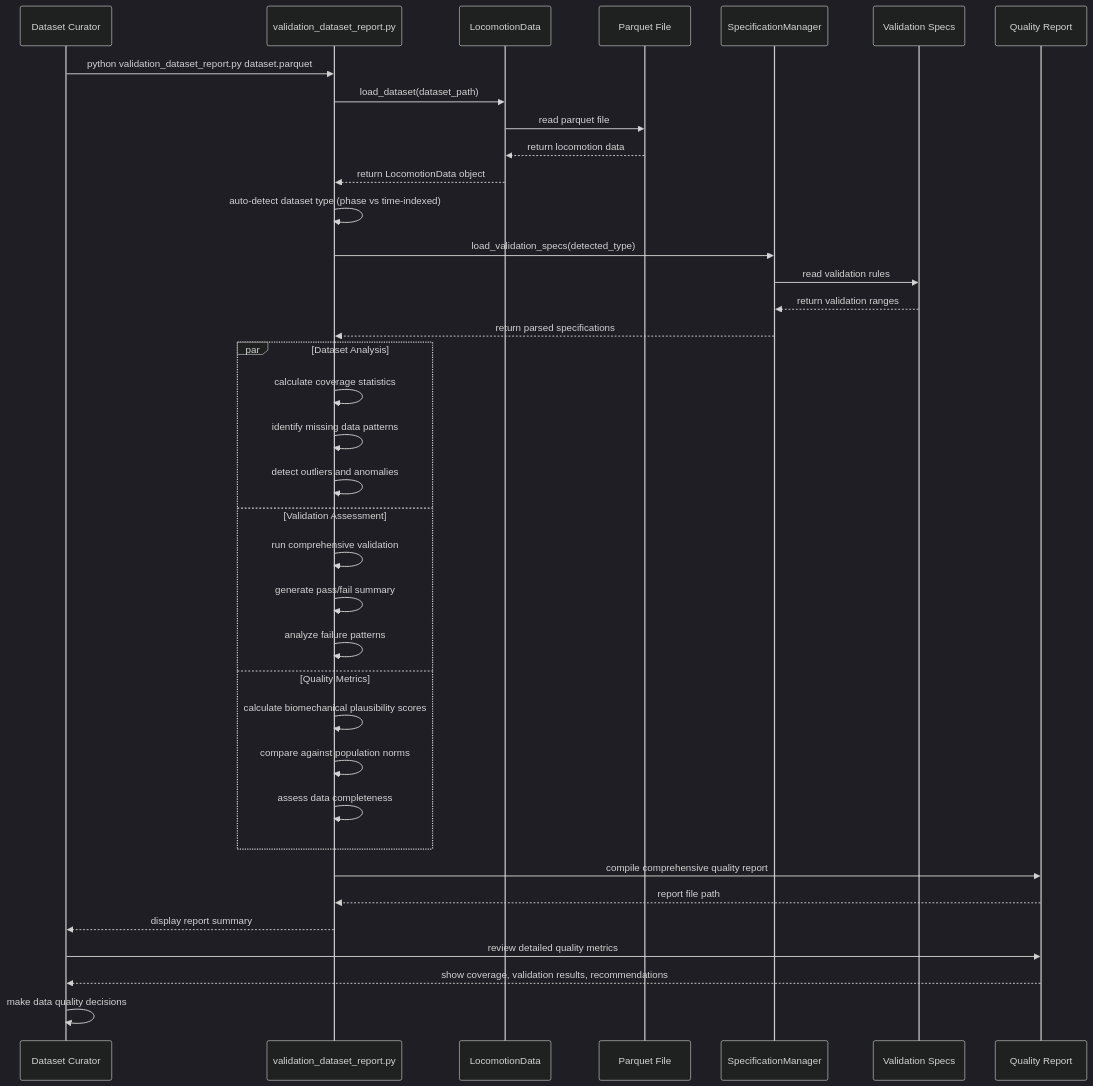
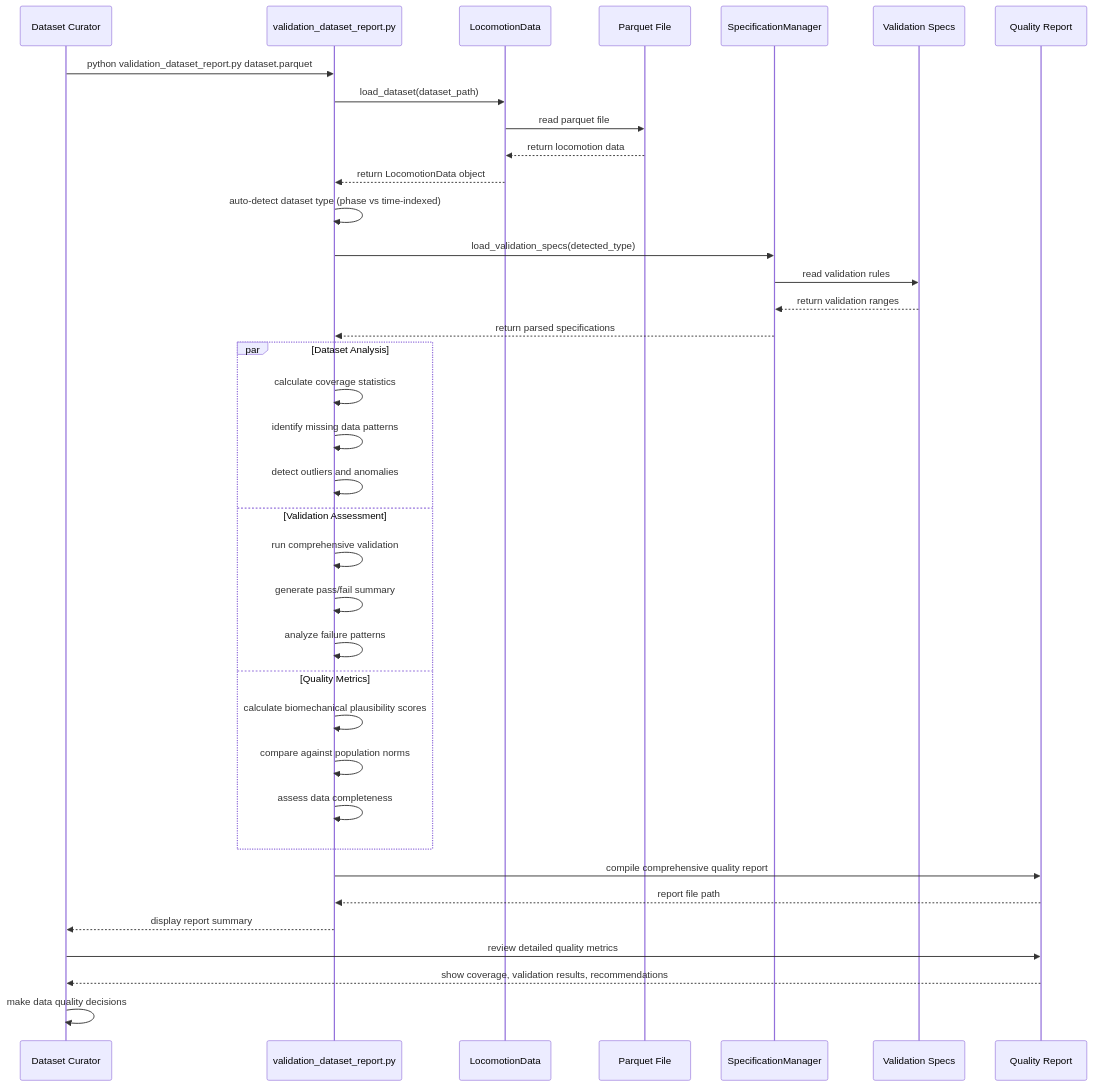
Before and after one commit to jmontp/LocoHub: the fourth of 5 diagrams in docs/software_engineering/docs/03a_SEQUENCE_DIAGRAMS.md, drawn with Mermaid. The commit also changed other lines of this file and 14 other files, not shown here.

````diff
--- a/docs/software_engineering/docs/03a_SEQUENCE_DIAGRAMS.md
+++ b/docs/software_engineering/docs/03a_SEQUENCE_DIAGRAMS.md
@@ -198,45 +198,45 @@
 ```mermaid
-%%{init: {'theme': 'dark'}}%%
+%%{init: {'theme': 'default'}}%%
 sequenceDiagram
     participant DC as Dataset Curator
     participant GR as validation_dataset_report.py
     participant LD as LocomotionData
     participant PF as Parquet File
     participant SM as SpecificationManager
     participant VS as Validation Specs
     participant QR as Quality Report
 
     DC->>GR: python validation_dataset_report.py dataset.parquet
     GR->>LD: load_dataset(dataset_path)
     LD->>PF: read parquet file
     PF-->>LD: return locomotion data
     LD-->>GR: return LocomotionData object
     
     GR->>GR: auto-detect dataset type (phase vs time-indexed)
     GR->>SM: load_validation_specs(detected_type)
     SM->>VS: read validation rules
     VS-->>SM: return validation ranges
     SM-->>GR: return parsed specifications
     
     par Dataset Analysis
         GR->>GR: calculate coverage statistics
         GR->>GR: identify missing data patterns
         GR->>GR: detect outliers and anomalies
     and Validation Assessment
         GR->>GR: run comprehensive validation
         GR->>GR: generate pass/fail summary
         GR->>GR: analyze failure patterns
     and Quality Metrics
         GR->>GR: calculate biomechanical plausibility scores
         GR->>GR: compare against population norms
         GR->>GR: assess data completeness
     end
     
     GR->>QR: compile comprehensive quality report
     QR-->>GR: report file path
     GR-->>DC: display report summary
     
     DC->>QR: review detailed quality metrics
     QR-->>DC: show coverage, validation results, recommendations
     DC->>DC: make data quality decisions
 ```
````
